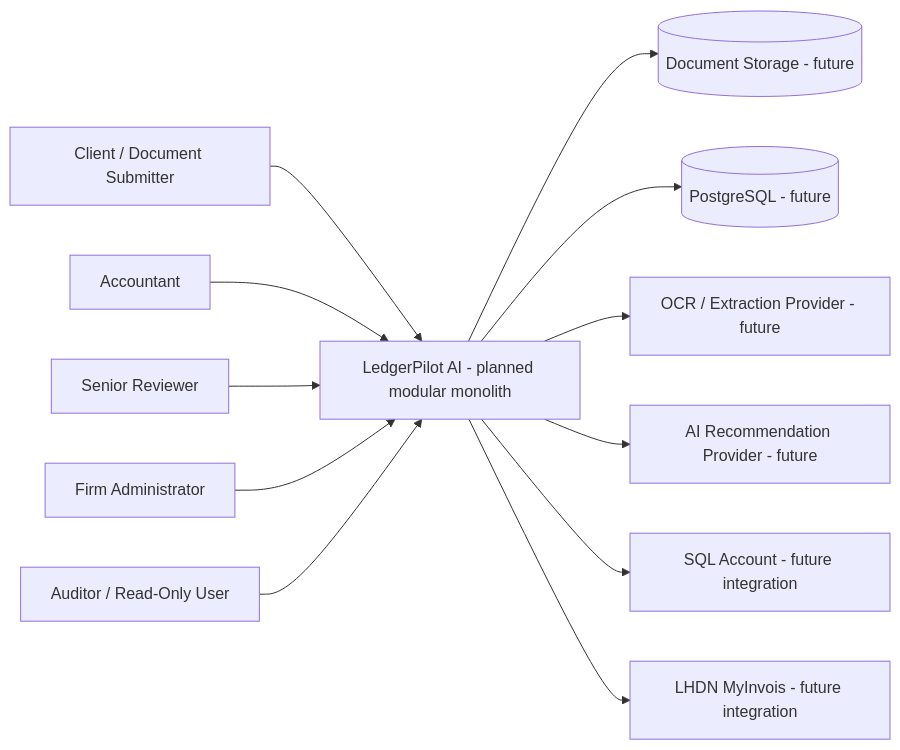
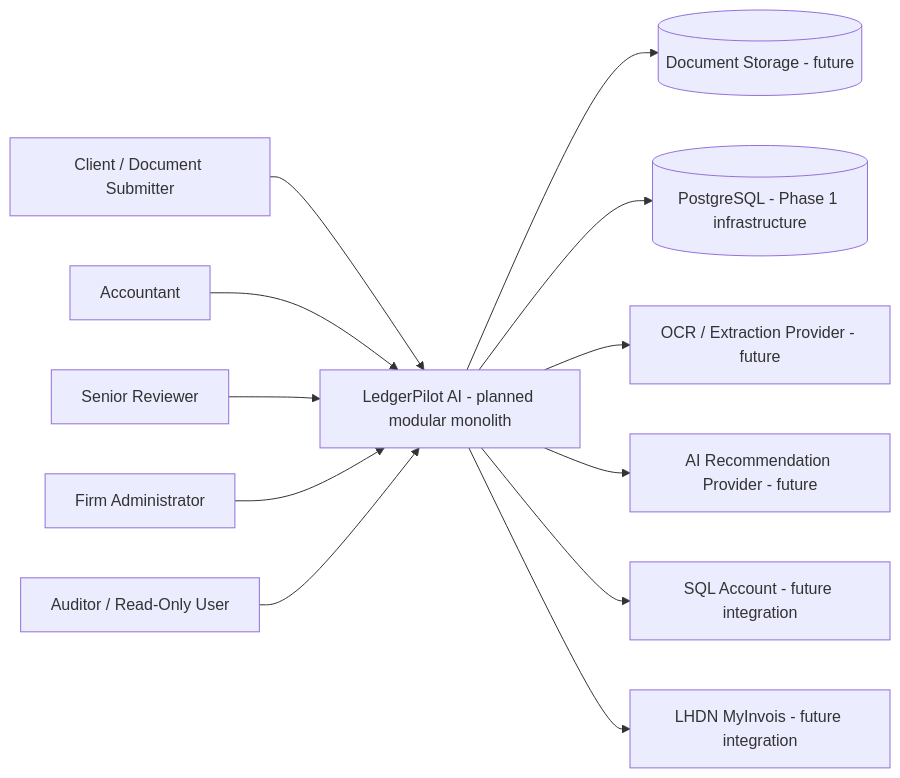
Before and after one commit to Linardi1328/ledgerpilot-ai: the first of 2 diagrams in docs/ARCHITECTURE.md, drawn with Mermaid. The commit also changed other lines of this file and 9 other files, not shown here.

Commit message:
docs: document Phase 1 infrastructure

````diff
--- a/docs/ARCHITECTURE.md
+++ b/docs/ARCHITECTURE.md
@@ -62,14 +74,14 @@
 ```mermaid
 flowchart LR
     Client[Client / Document Submitter] --> LP[LedgerPilot AI - planned modular monolith]
     Accountant[Accountant] --> LP
     Senior[Senior Reviewer] --> LP
     Admin[Firm Administrator] --> LP
     Auditor[Auditor / Read-Only User] --> LP
     LP --> Store[(Document Storage - future)]
-    LP --> DB[(PostgreSQL - future)]
+    LP --> DB[(PostgreSQL - Phase 1 infrastructure)]
     LP --> OCR[OCR / Extraction Provider - future]
     LP --> AI[AI Recommendation Provider - future]
     LP --> SQL[SQL Account - future integration]
     LP --> MY[LHDN MyInvois - future integration]
 ```
````
